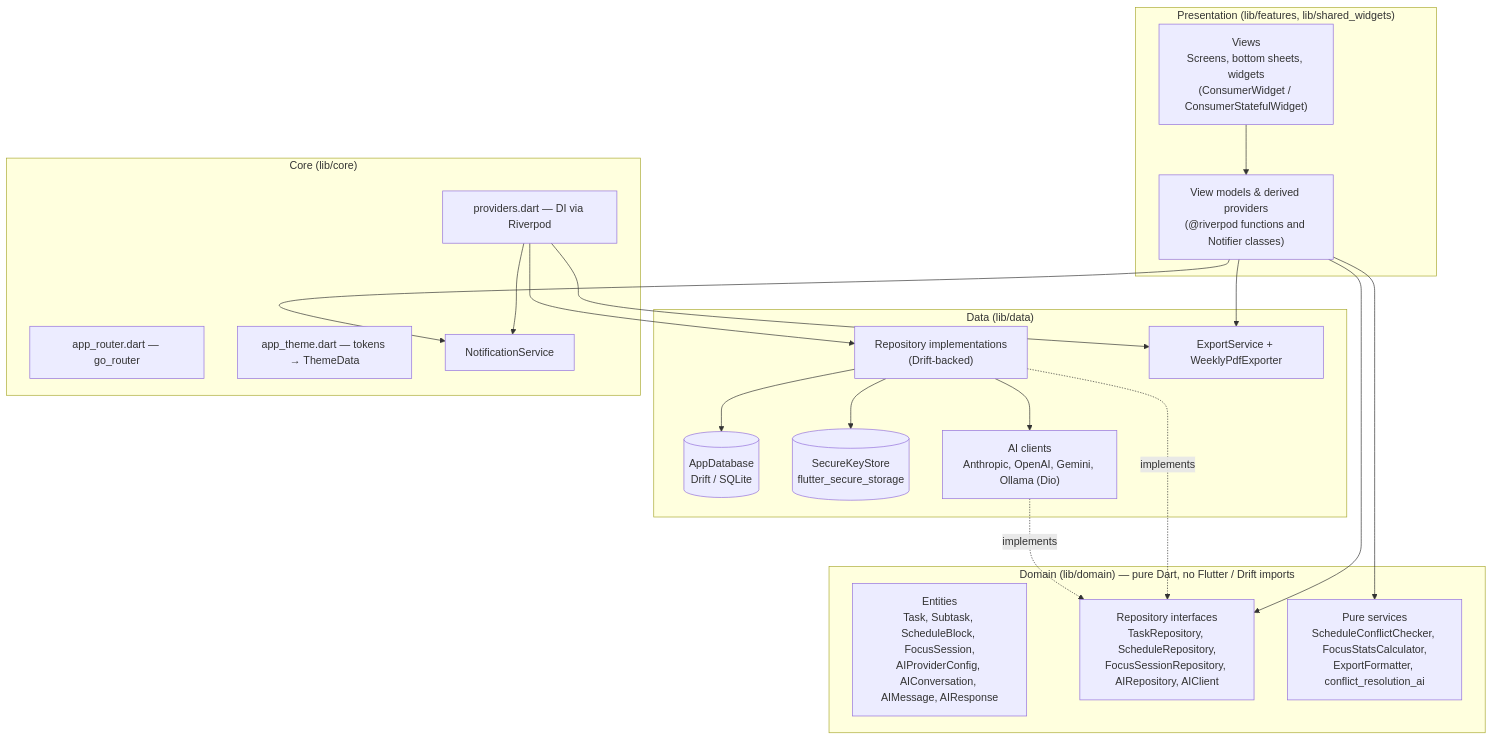
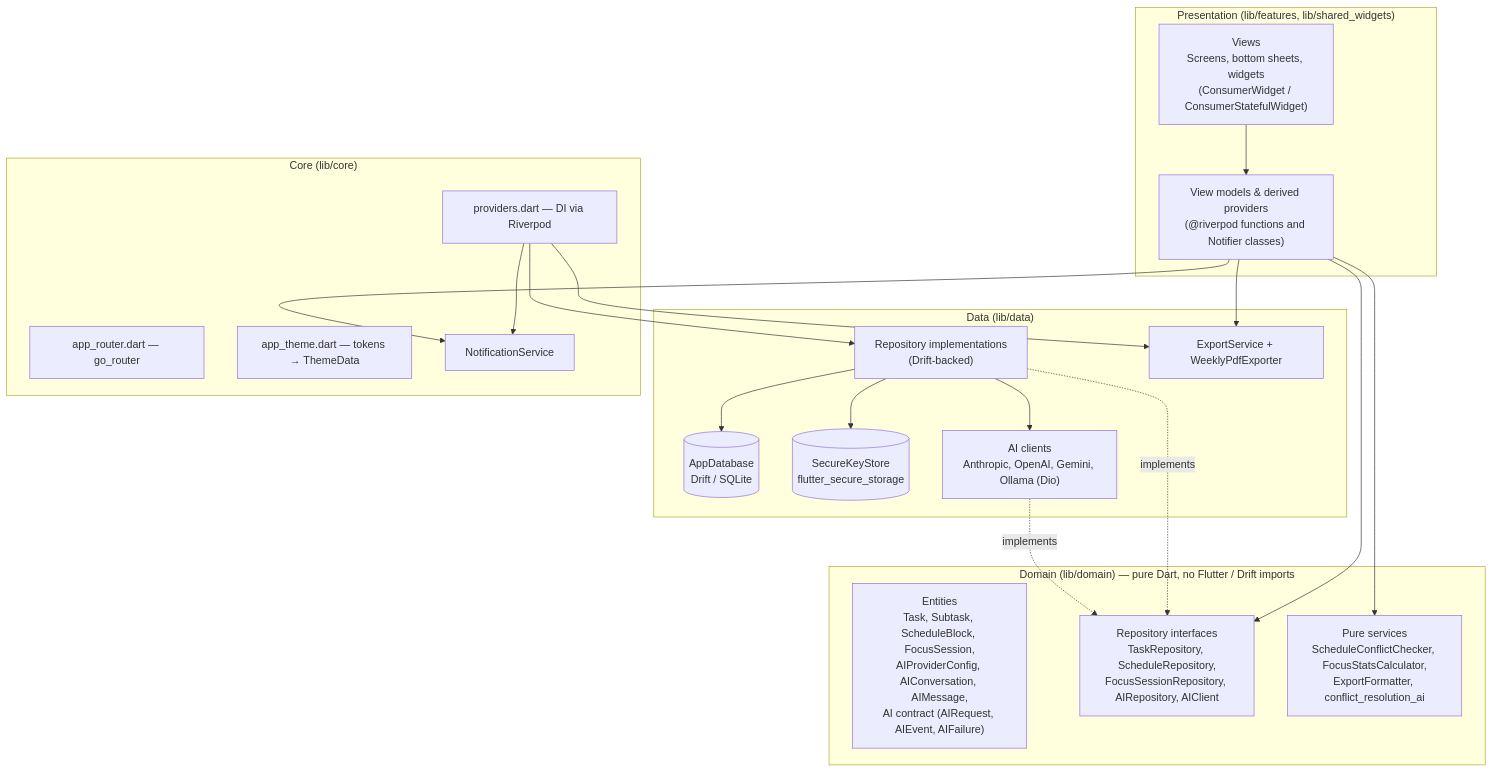
One commit to DevBehindYou/FLOWLINE changed the first of 12 diagrams in PROJECT_OVERVIEW.md. Above: the diagram before and after it, drawn with Mermaid. The commit also changed other lines of this file and 35 other files, not shown here.

First line of the commit message:
feat(ai): AIClient v2 — event stream, typed failures, cancellation, model lists (Phase 4.1, schema v7)

````diff
--- a/PROJECT_OVERVIEW.md
+++ b/PROJECT_OVERVIEW.md
@@ -156,42 +156,42 @@
 ```mermaid
 flowchart TB
     subgraph Presentation["Presentation (lib/features, lib/shared_widgets)"]
         V["Views<br/>Screens, bottom sheets, widgets<br/>(ConsumerWidget / ConsumerStatefulWidget)"]
         VM["View models & derived providers<br/>(@riverpod functions and Notifier classes)"]
     end
 
     subgraph Domain["Domain (lib/domain) — pure Dart, no Flutter / Drift imports"]
-        E["Entities<br/>Task, Subtask, ScheduleBlock, FocusSession,<br/>AIProviderConfig, AIConversation, AIMessage, AIResponse"]
+        E["Entities<br/>Task, Subtask, ScheduleBlock, FocusSession,<br/>AIProviderConfig, AIConversation, AIMessage,<br/>AI contract (AIRequest, AIEvent, AIFailure)"]
         RI["Repository interfaces<br/>TaskRepository, ScheduleRepository,<br/>FocusSessionRepository, AIRepository, AIClient"]
         S["Pure services<br/>ScheduleConflictChecker, FocusStatsCalculator,<br/>ExportFormatter, conflict_resolution_ai"]
     end
 
     subgraph Data["Data (lib/data)"]
         R["Repository implementations<br/>(Drift-backed)"]
         DB[("AppDatabase<br/>Drift / SQLite")]
         SK[("SecureKeyStore<br/>flutter_secure_storage")]
         AI["AI clients<br/>Anthropic, OpenAI, Gemini, Ollama (Dio)"]
         EX["ExportService + WeeklyPdfExporter"]
     end
 
     subgraph Core["Core (lib/core)"]
         P["providers.dart — DI via Riverpod"]
         RT["app_router.dart — go_router"]
         TH["app_theme.dart — tokens → ThemeData"]
         NS["NotificationService"]
     end
 
     V --> VM
     VM --> RI
     VM --> S
     R -.implements.-> RI
     AI -.implements.-> RI
     R --> DB
     R --> SK
     R --> AI
     P --> R
     P --> NS
     P --> EX
     VM --> NS
     VM --> EX
 ```
````
